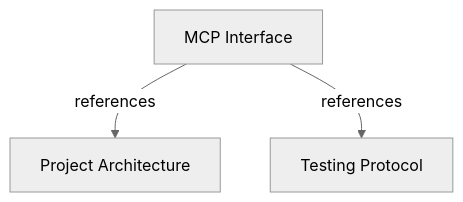
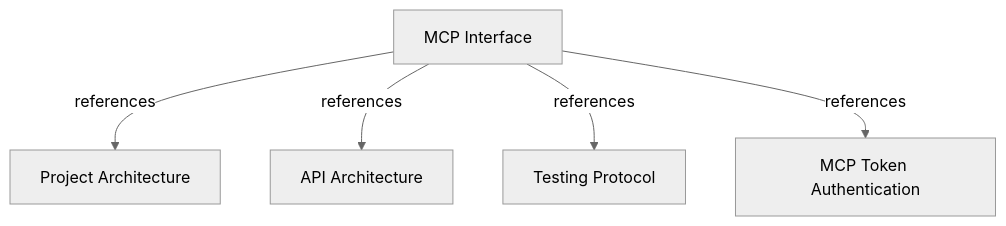
One commit to romabeckman/harness-memory changed the diagram in docs/adr/MCP.md. Above: the diagram before and after it, drawn with Mermaid (neutral theme). The commit also changed other lines of this file and 38 other files, not shown here.

First line of the commit message:
feat: add database authentication mode and implement DatabaseTokenVerifier

````diff
--- a/docs/adr/MCP.md
+++ b/docs/adr/MCP.md
@@ -149,5 +153,9 @@
 ```mermaid
 graph TD
     MCP["MCP Interface"] -->|references| ARCH["Project Architecture"]
+    MCP -->|references| API["API Architecture"]
     MCP -->|references| TESTS["Testing Protocol"]
+    MCP -->|references| AUTH["MCP Token Authentication"]
+    click API "./API.md"
+    click AUTH "../feature/mcp/token-authentication.md"
 ```
````
